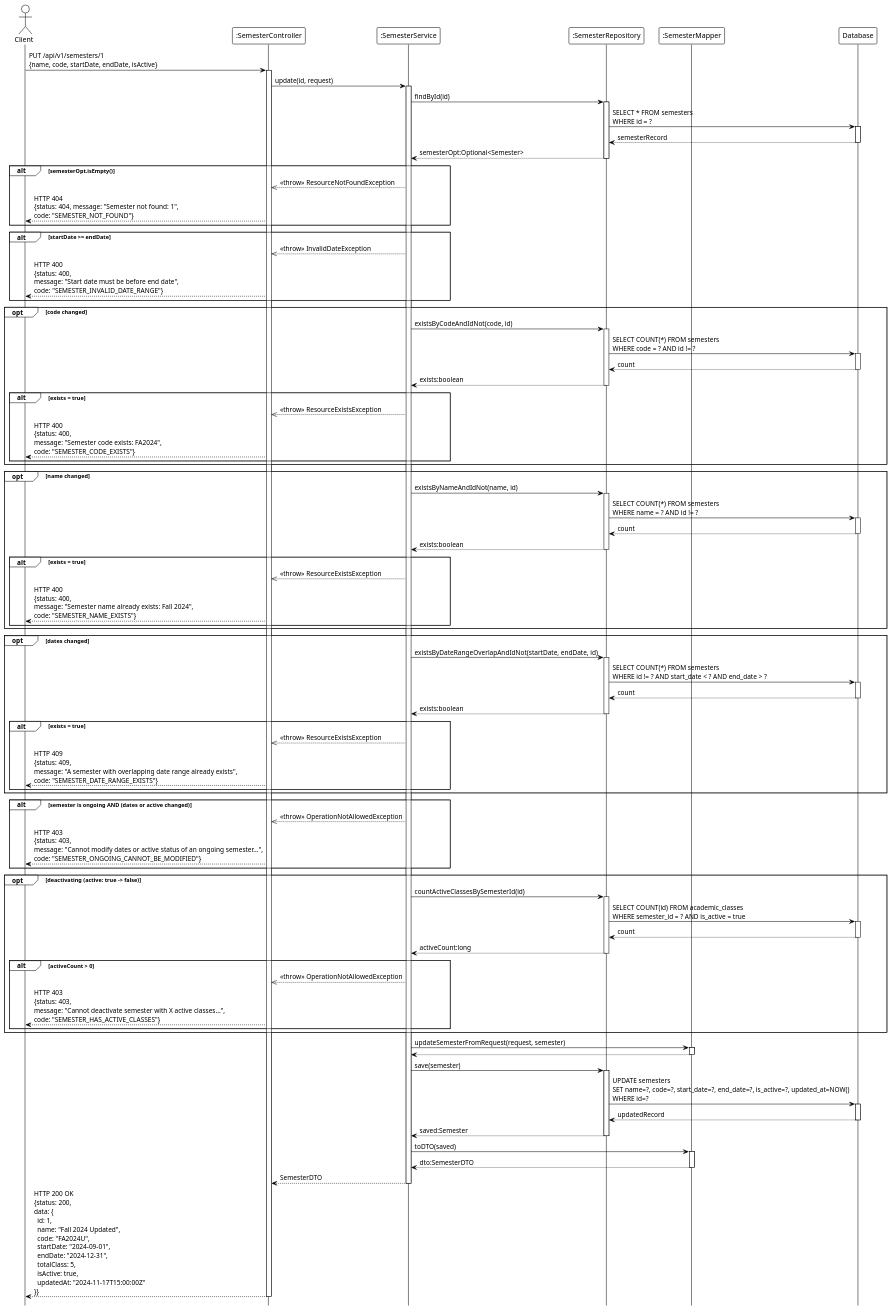
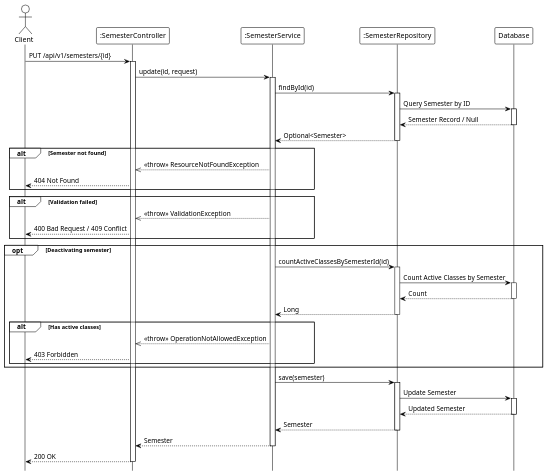
Before and after one commit to Ndh474/context: the diagram in system_detailed_design/07_update_semester/sequence_diagram_update_semester.puml, drawn with PlantUML. The commit also changed 13 other files, not shown here.

```diff
--- a/system_detailed_design/07_update_semester/sequence_diagram_update_semester.puml
+++ b/system_detailed_design/07_update_semester/sequence_diagram_update_semester.puml
@@ -1,151 +1,80 @@
-@startuml Update Semester
+@startuml update_semester
 !theme plain
 hide footbox
 
 actor Client
 participant ":SemesterController" as Controller
 participant ":SemesterService" as Service
 participant ":SemesterRepository" as Repository
-participant ":SemesterMapper" as Mapper
 participant "Database" as DB
 
-Client -> Controller: PUT /api/v1/semesters/1\n{name, code, startDate, endDate, isActive}
+' --- MAIN FLOW ---
+Client -> Controller: PUT /api/v1/semesters/{id}
 activate Controller
 
 Controller -> Service: update(id, request)
 activate Service
 
-' === Validation 1: Find Existing Semester ===
+' --- FIND EXISTING ---
 Service -> Repository: findById(id)
 activate Repository
 
-Repository -> DB: SELECT * FROM semesters\nWHERE id = ?
+Repository -> DB: Query Semester by ID
 activate DB
-DB --> Repository: semesterRecord
+DB --> Repository: Semester Record / Null
 deactivate DB
 
-Repository --> Service: semesterOpt:Optional<Semester>
+Repository --> Service: Optional<Semester>
 deactivate Repository
 
-alt semesterOpt.isEmpty()
+alt Semester not found
     Service -->> Controller: <<throw>> ResourceNotFoundException
-    Controller --> Client: HTTP 404\n{status: 404, message: "Semester not found: 1",\ncode: "SEMESTER_NOT_FOUND"}
+    Controller --> Client: 404 Not Found
 end
 
-' === Validation 2: Date Range ===
-alt startDate >= endDate
-    Service -->> Controller: <<throw>> InvalidDateException
-    Controller --> Client: HTTP 400\n{status: 400,\nmessage: "Start date must be before end date",\ncode: "SEMESTER_INVALID_DATE_RANGE"}
+' --- VALIDATION LOGIC ---
+' Validation logic (internal)
+
+alt Validation failed
+    Service -->> Controller: <<throw>> ValidationException
+    Controller --> Client: 400 Bad Request / 409 Conflict
 end
 
-' === Validation 3: Code Uniqueness (conditional) ===
-opt code changed
-    Service -> Repository: existsByCodeAndIdNot(code, id)
+' --- DEACTIVATION CHECK ---
+opt Deactivating semester
+    Service -> Repository: countActiveClassesBySemesterId(id)
     activate Repository
 
-    Repository -> DB: SELECT COUNT(*) FROM semesters\nWHERE code = ? AND id != ?
+    Repository -> DB: Count Active Classes by Semester
     activate DB
-    DB --> Repository: count
+    DB --> Repository: Count
     deactivate DB
 
-    Repository --> Service: exists:boolean
+    Repository --> Service: Long
     deactivate Repository
 
-    alt exists = true
-        Service -->> Controller: <<throw>> ResourceExistsException
-        Controller --> Client: HTTP 400\n{status: 400,\nmessage: "Semester code exists: FA2024",\ncode: "SEMESTER_CODE_EXISTS"}
+    alt Has active classes
+        Service -->> Controller: <<throw>> OperationNotAllowedException
+        Controller --> Client: 403 Forbidden
     end
 end
 
-' === Validation 4: Name Uniqueness (conditional) ===
-opt name changed
-    Service -> Repository: existsByNameAndIdNot(name, id)
-    activate Repository
-
-    Repository -> DB: SELECT COUNT(*) FROM semesters\nWHERE name = ? AND id != ?
-    activate DB
-    DB --> Repository: count
-    deactivate DB
-
-    Repository --> Service: exists:boolean
-    deactivate Repository
-
-    alt exists = true
-        Service -->> Controller: <<throw>> ResourceExistsException
-        Controller --> Client: HTTP 400\n{status: 400,\nmessage: "Semester name already exists: Fall 2024",\ncode: "SEMESTER_NAME_EXISTS"}
-    end
-end
-
-' === Validation 5: Date Range Overlap (conditional) ===
-opt dates changed
-    Service -> Repository: existsByDateRangeOverlapAndIdNot(startDate, endDate, id)
-    activate Repository
-
-    Repository -> DB: SELECT COUNT(*) FROM semesters\nWHERE id != ? AND start_date < ? AND end_date > ?
-    activate DB
-    DB --> Repository: count
-    deactivate DB
-
-    Repository --> Service: exists:boolean
-    deactivate Repository
-
-    alt exists = true
-        Service -->> Controller: <<throw>> ResourceExistsException
-        Controller --> Client: HTTP 409\n{status: 409,\nmessage: "A semester with overlapping date range already exists",\ncode: "SEMESTER_DATE_RANGE_EXISTS"}
-    end
-end
-
-' === Validation 6: Ongoing Semester Protection ===
-alt semester is ongoing AND (dates or active changed)
-    Service -->> Controller: <<throw>> OperationNotAllowedException
-    Controller --> Client: HTTP 403\n{status: 403,\nmessage: "Cannot modify dates or active status of an ongoing semester...",\ncode: "SEMESTER_ONGOING_CANNOT_BE_MODIFIED"}
-end
-
-' === Validation 7: Deactivation Guard (conditional) ===
-opt deactivating (active: true -> false)
-    Service -> Repository: countActiveClassesBySemesterId(id)
-    activate Repository
-
-    Repository -> DB: SELECT COUNT(id) FROM academic_classes\nWHERE semester_id = ? AND is_active = true
-    activate DB
-    DB --> Repository: count
-    deactivate DB
-
-    Repository --> Service: activeCount:long
-    deactivate Repository
-
-    alt activeCount > 0
-        Service -->> Controller: <<throw>> OperationNotAllowedException
-        Controller --> Client: HTTP 403\n{status: 403,\nmessage: "Cannot deactivate semester with X active classes...",\ncode: "SEMESTER_HAS_ACTIVE_CLASSES"}
-    end
-end
-
-' === Apply Updates ===
-Service -> Mapper: updateSemesterFromRequest(request, semester)
-activate Mapper
-Mapper --> Service
-deactivate Mapper
-
+' --- UPDATE ---
 Service -> Repository: save(semester)
 activate Repository
 
-Repository -> DB: UPDATE semesters\nSET name=?, code=?, start_date=?, end_date=?, is_active=?, updated_at=NOW()\nWHERE id=?
+Repository -> DB: Update Semester
 activate DB
-DB --> Repository: updatedRecord
+DB --> Repository: Updated Semester
 deactivate DB
 
-Repository --> Service: saved:Semester
+Repository --> Service: Semester
 deactivate Repository
 
-Service -> Mapper: toDTO(saved)
-activate Mapper
-Mapper --> Service: dto:SemesterDTO
-deactivate Mapper
-
-Service --> Controller: SemesterDTO
+Service --> Controller: Semester
 deactivate Service
 
-Controller --> Client: HTTP 200 OK\n{status: 200,\ndata: {\n  id: 1,\n  name: "Fall 2024 Updated",\n  code: "FA2024U",\n  startDate: "2024-09-01",\n  endDate: "2024-12-31",\n  totalClass: 5,\n  isActive: true,\n  updatedAt: "2024-11-17T15:00:00Z"\n}}
+Controller --> Client: 200 OK
 deactivate Controller
 
 @enduml
```
